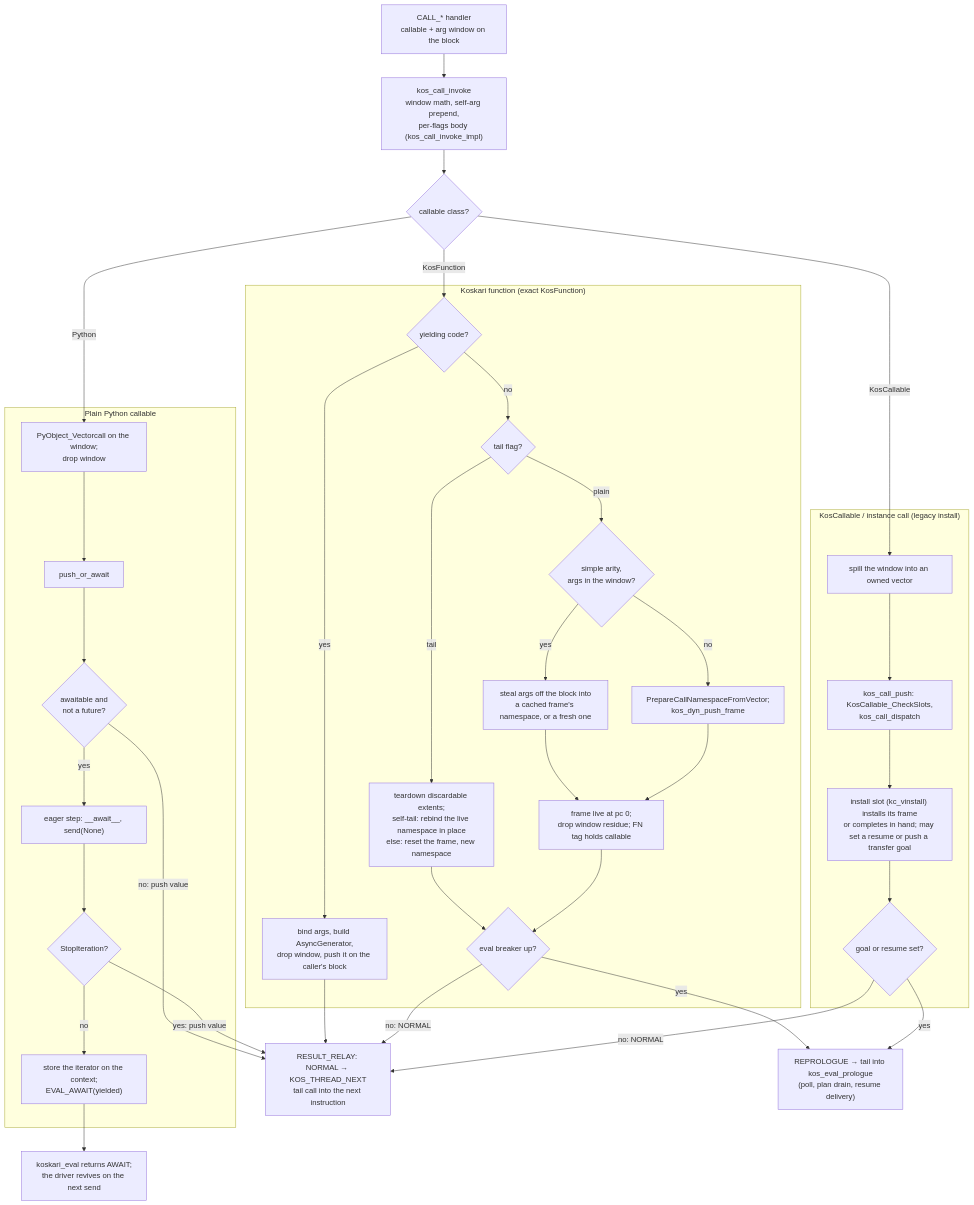
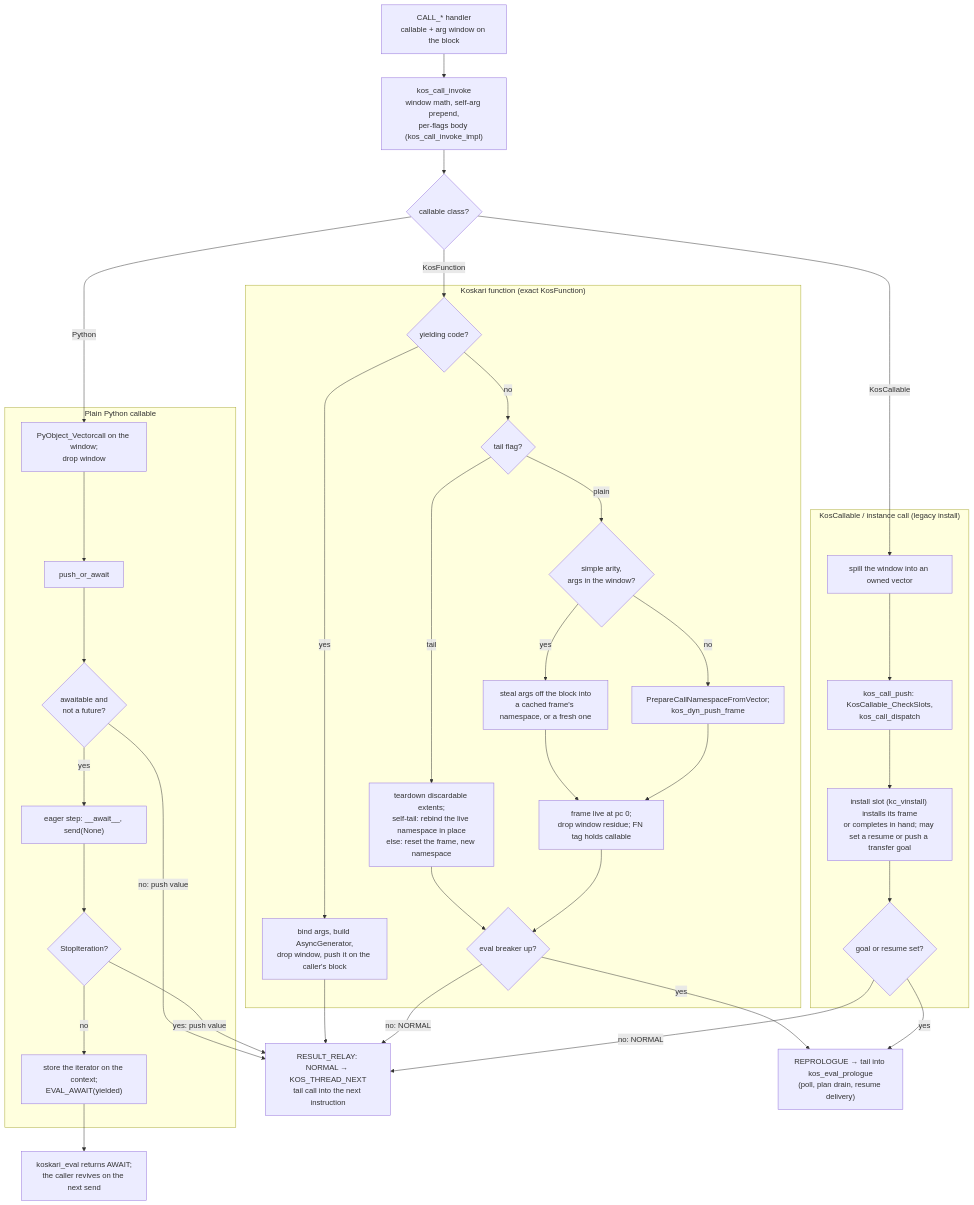
One commit to koskari-lang/koskari changed diagram 11 of 12 in design/EVALUATOR.md. Above: the diagram before and after it, drawn with Mermaid. The commit also changed other lines of this file, not shown here.

````diff
--- a/design/EVALUATOR.md
+++ b/design/EVALUATOR.md
@@ -1195,60 +1195,60 @@
 ```mermaid
 flowchart TD
     op["CALL_* handler<br/>callable + arg window on the block"]
     inv["kos_call_invoke<br/>window math, self-arg prepend,<br/>per-flags body (kos_call_invoke_impl)"]
     cls{"callable class?"}
 
     subgraph kos["Koskari function (exact KosFunction)"]
         gen{"yielding code?"}
         agen["bind args, build AsyncGenerator,<br/>drop window, push it on the caller's block"]
         arity{"tail flag?"}
         tail["teardown discardable extents;<br/>self-tail: rebind the live namespace in place<br/>else: reset the frame, new namespace"]
         simple{"simple arity,<br/>args in the window?"}
         steal["steal args off the block into<br/>a cached frame's namespace, or a fresh one"]
         general["PrepareCallNamespaceFromVector;<br/>kos_dyn_push_frame"]
         inst["frame live at pc 0;<br/>drop window residue; FN tag holds callable"]
         coop{"eval breaker up?"}
     end
 
     subgraph py["Plain Python callable"]
         vc["PyObject_Vectorcall on the window;<br/>drop window"]
         poa["push_or_await"]
         aw{"awaitable and<br/>not a future?"}
         eager["eager step: __await__, send(None)"]
         done{"StopIteration?"}
         susp["store the iterator on the context;<br/>EVAL_AWAIT(yielded)"]
     end
 
     subgraph legacy["KosCallable / instance call (legacy install)"]
         spill["spill the window into an owned vector"]
         kcall["kos_call_push: KosCallable_CheckSlots,<br/>kos_call_dispatch"]
         slot["install slot (kc_vinstall) installs its frame<br/>or completes in hand; may set a resume or push a transfer goal"]
         pending{"goal or resume set?"}
     end
 
     relay["RESULT_RELAY: NORMAL → KOS_THREAD_NEXT<br/>tail call into the next instruction"]
     repro["REPROLOGUE → tail into kos_eval_prologue<br/>(poll, plan drain, resume delivery)"]
-    exit["koskari_eval returns AWAIT;<br/>the driver revives on the next send"]
+    exit["koskari_eval returns AWAIT;<br/>the caller revives on the next send"]
 
     op --> inv --> cls
     cls -->|KosFunction| gen
     gen -->|yes| agen --> relay
     gen -->|no| arity
     arity -->|tail| tail --> coop
     arity -->|plain| simple
     simple -->|yes| steal --> inst
     simple -->|no| general --> inst
     inst --> coop
     coop -->|no: NORMAL| relay
     coop -->|yes| repro
 
     cls -->|Python| vc --> poa --> aw
     aw -->|no: push value| relay
     aw -->|yes| eager --> done
     done -->|yes: push value| relay
     done -->|no| susp --> exit
 
     cls -->|KosCallable| spill --> kcall --> slot --> pending
     pending -->|no: NORMAL| relay
     pending -->|yes| repro
 ```
````
